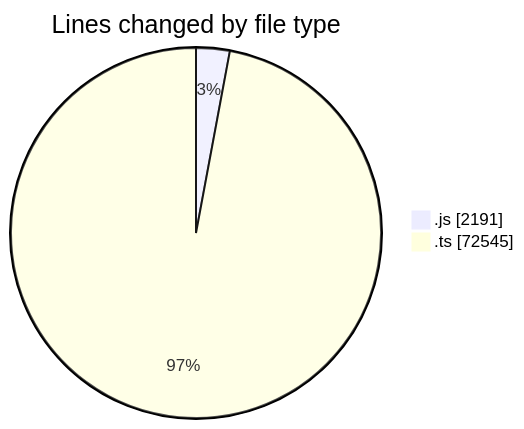
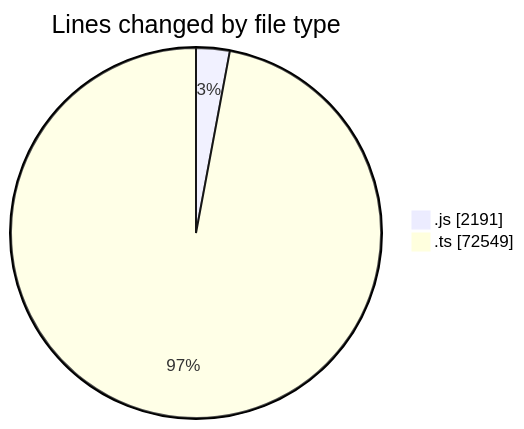
Before and after one commit to momahboobian/code-tracking: the first of 2 diagrams in 2025-06-19/cda/README.md, drawn with Mermaid. The commit also changed other lines of this file and 1 other file, not shown here.

````diff
--- a/2025-06-19/cda/README.md
+++ b/2025-06-19/cda/README.md
@@ -40,6 +40,6 @@
 ```mermaid
 pie showData
 title Lines changed by file type
 ".js" : 2191
-".ts" : 72545
+".ts" : 72549
 ```
````
